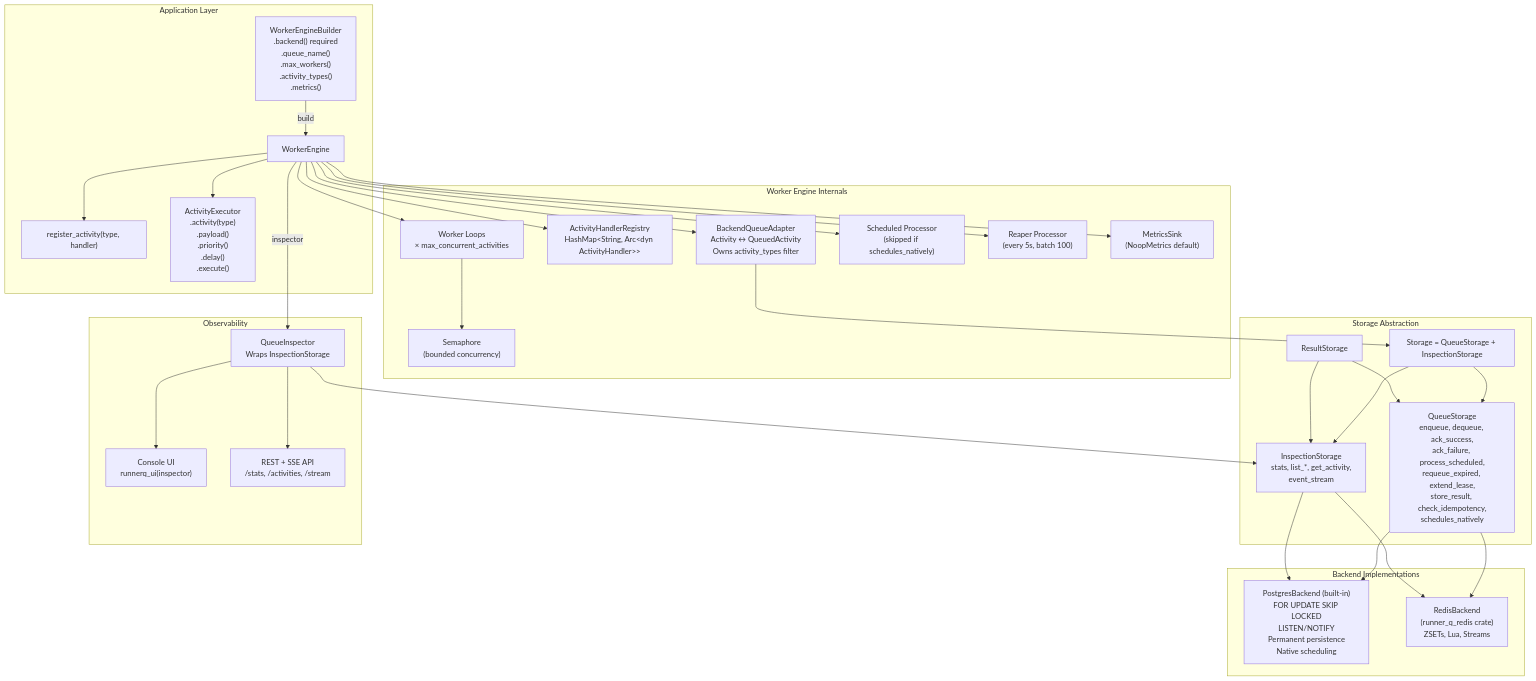
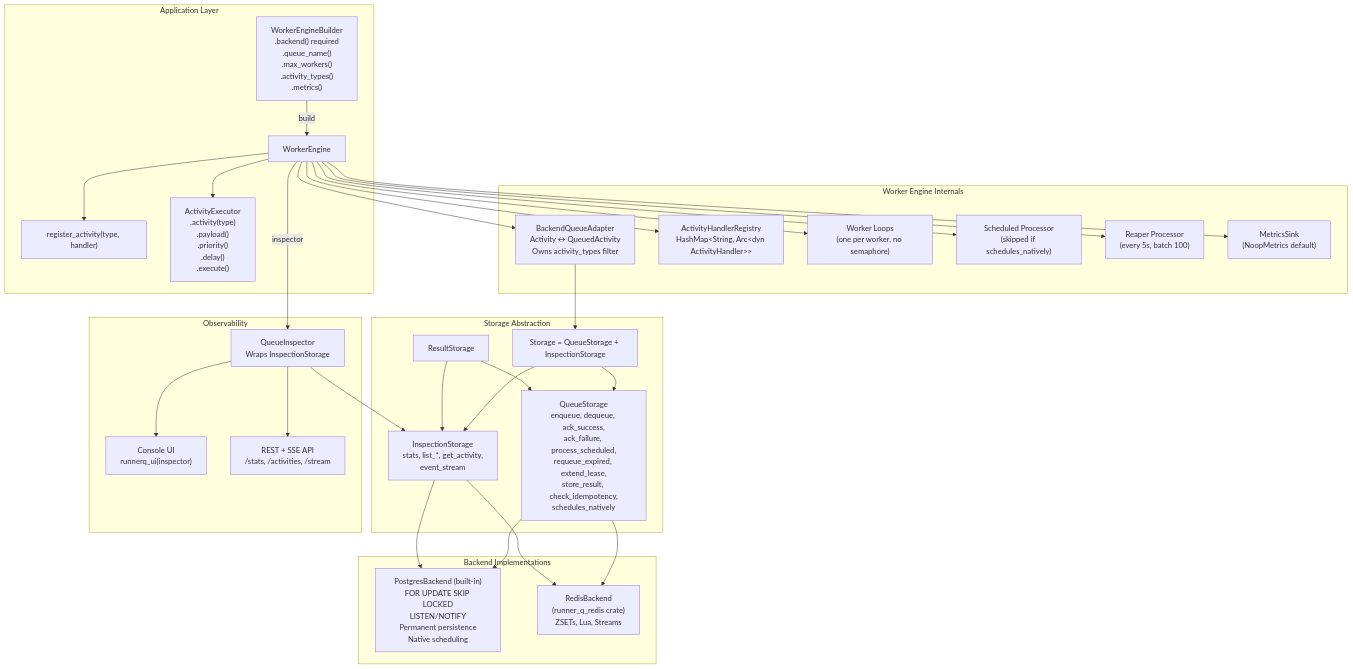
The first of 8 diagrams in docs/architecture.md (alob-mtc/runnerq), drawn with Mermaid before and after one commit. The commit also changed other lines of this file and 7 other files, not shown here.

````diff
--- a/docs/architecture.md
+++ b/docs/architecture.md
@@ -5,61 +5,59 @@
 ```mermaid
 graph TD
     subgraph app [Application Layer]
         EB["WorkerEngineBuilder\n.backend() required\n.queue_name()\n.max_workers()\n.activity_types()\n.metrics()"]
         WE[WorkerEngine]
         REG["register_activity(type, handler)"]
         AE["ActivityExecutor\n.activity(type)\n.payload()\n.priority()\n.delay()\n.execute()"]
     end
 
     subgraph engine [Worker Engine Internals]
         BQA["BackendQueueAdapter\nActivity ↔ QueuedActivity\nOwns activity_types filter"]
         HR["ActivityHandlerRegistry\nHashMap&lt;String, Arc&lt;dyn ActivityHandler&gt;&gt;"]
-        WL["Worker Loops\n× max_concurrent_activities"]
-        SEM["Semaphore\n(bounded concurrency)"]
+        WL["Worker Loops\n(one per worker, no semaphore)"]
         SP["Scheduled Processor\n(skipped if schedules_natively)"]
         RP["Reaper Processor\n(every 5s, batch 100)"]
         MS["MetricsSink\n(NoopMetrics default)"]
     end
 
     subgraph traits [Storage Abstraction]
         RS[ResultStorage]
         QS["QueueStorage\nenqueue, dequeue, ack_success,\nack_failure, process_scheduled,\nrequeue_expired, extend_lease,\nstore_result, check_idempotency,\nschedules_natively"]
         IS["InspectionStorage\nstats, list_*, get_activity,\nevent_stream"]
         ST["Storage = QueueStorage + InspectionStorage"]
     end
 
     subgraph backends [Backend Implementations]
         PB["PostgresBackend (built-in)\nFOR UPDATE SKIP LOCKED\nLISTEN/NOTIFY\nPermanent persistence\nNative scheduling"]
         RB["RedisBackend\n(runner_q_redis crate)\nZSETs, Lua, Streams"]
     end
 
     subgraph observability [Observability]
         QI["QueueInspector\nWraps InspectionStorage"]
         UI["Console UI\nrunnerq_ui(inspector)"]
         API["REST + SSE API\n/stats, /activities, /stream"]
     end
 
     EB -->|build| WE
     WE --> REG
     WE --> AE
     WE --> BQA
     WE --> HR
     WE --> WL
     WE --> SP
     WE --> RP
     WE --> MS
-    WL --> SEM
     BQA --> ST
     ST --> QS
     ST --> IS
     RS --> QS
     RS --> IS
     QS --> PB
     QS --> RB
     IS --> PB
     IS --> RB
     WE -->|inspector| QI
     QI --> IS
     QI --> UI
     QI --> API
 ```
````
